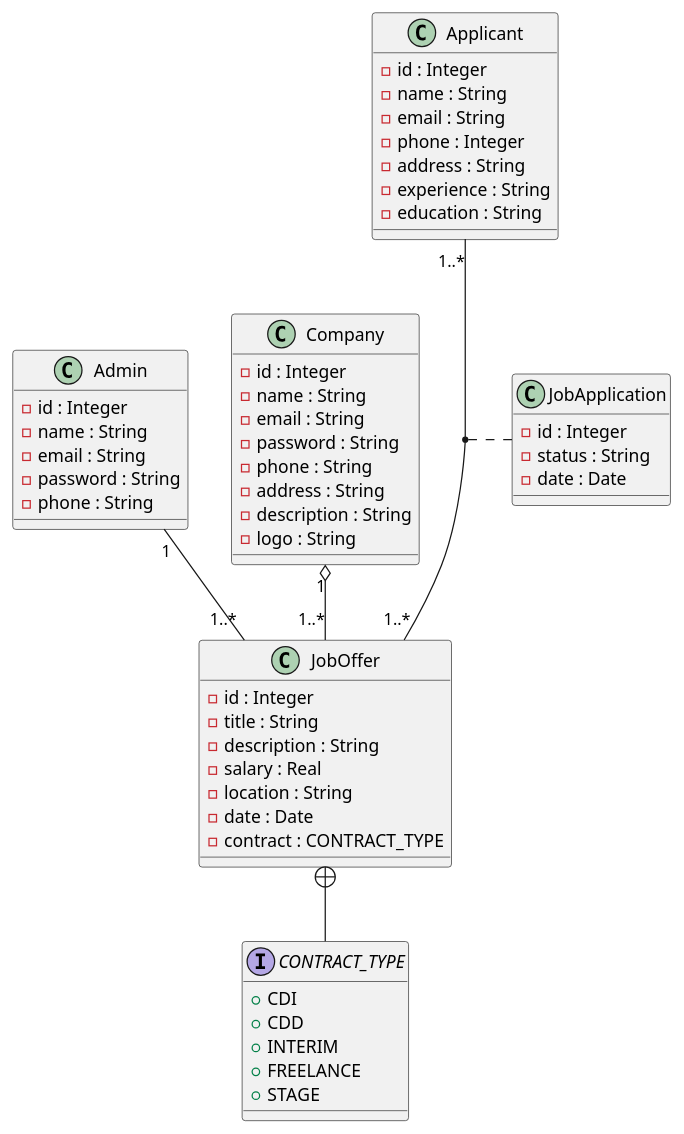
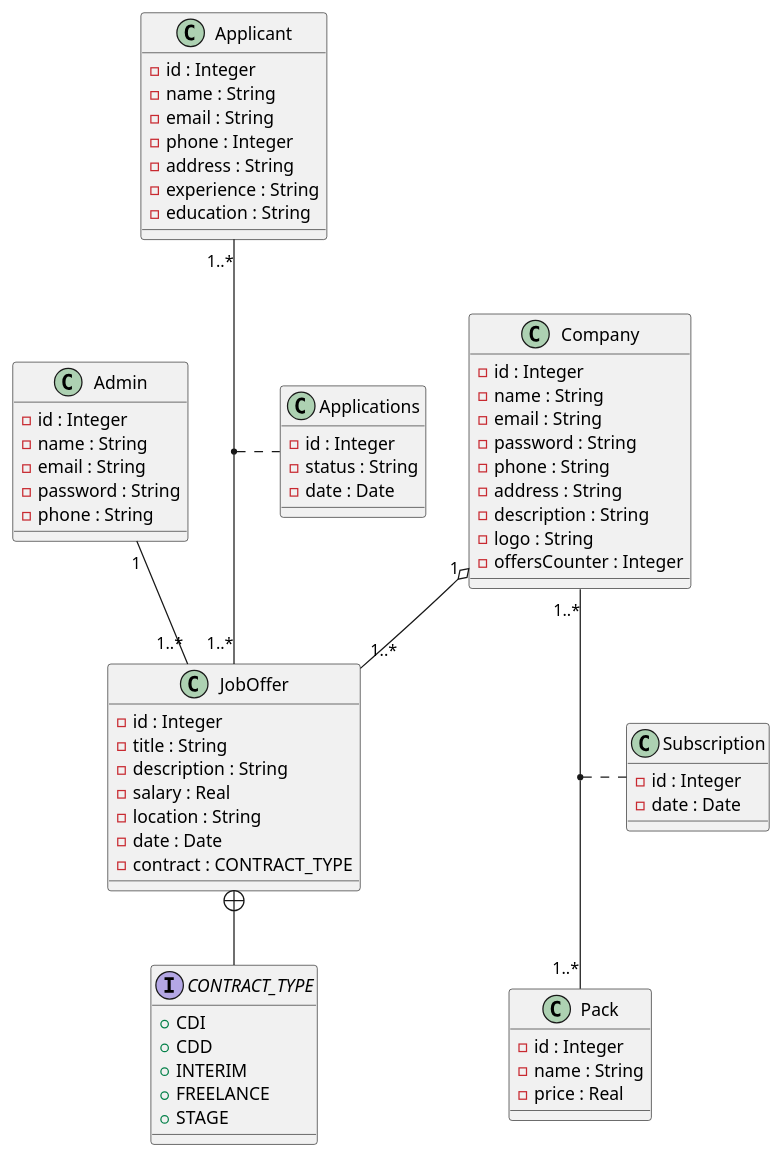
The diagram in UML/MyRh.puml (mrImad007/MyRh), drawn with PlantUML before and after one commit. The commit also changed 19 other files, not shown here.

Commit message:
Applications endPoint : Change application status to ACCEPTED OR REFUSED : Done + PlantUml : ClassDiagram : Add Pack & Subscription Entity & offersCounter on Company Entity: working on implementation

```diff
--- a/UML/MyRh.puml
+++ b/UML/MyRh.puml
@@ -1,62 +1,75 @@
 @startuml
 class Admin {
     -id : Integer
     -name : String
     -email : String
     -password : String
     -phone : String
     }
 
 class Applicant {
     -id : Integer
     -name : String
     -email : String
     -phone : Integer
     -address : String
     -experience : String
     -education : String
     }
 
 class JobOffer {
     -id : Integer
     -title : String
     -description : String
     -salary : Real
     -location : String
     -date : Date
     -contract : CONTRACT_TYPE
     }
 
 class Company{
     -id : Integer
     -name : String
     -email : String
     -password : String
     -phone : String
     -address : String
     -description : String
     -logo : String
+    -offersCounter : Integer
     }
-class JobApplication{
+class Applications{
     -id : Integer
     -status : String
     -date : Date
     }
 
+class Pack{
+    -id : Integer
+    -name : String
+    -price : Real
+    }
+
+class Subscription{
+    -id : Integer
+    -date : Date
+}
 interface CONTRACT_TYPE{
     +CDI
     +CDD
     +INTERIM
     +FREELANCE
     +STAGE
     }
 
 
 
 Company  "1" o-- "1..*" JobOffer
 Admin  "1" -- "1..*" JobOffer
 JobOffer +-- CONTRACT_TYPE
 Applicant "1..*" -- "1..*" JobOffer
-(JobOffer, Applicant) .. JobApplication
+(JobOffer, Applicant) .. Applications
+Company "1..*" -- "1..*" Pack
+(Company, Pack) .. Subscription
 
 @enduml
```
